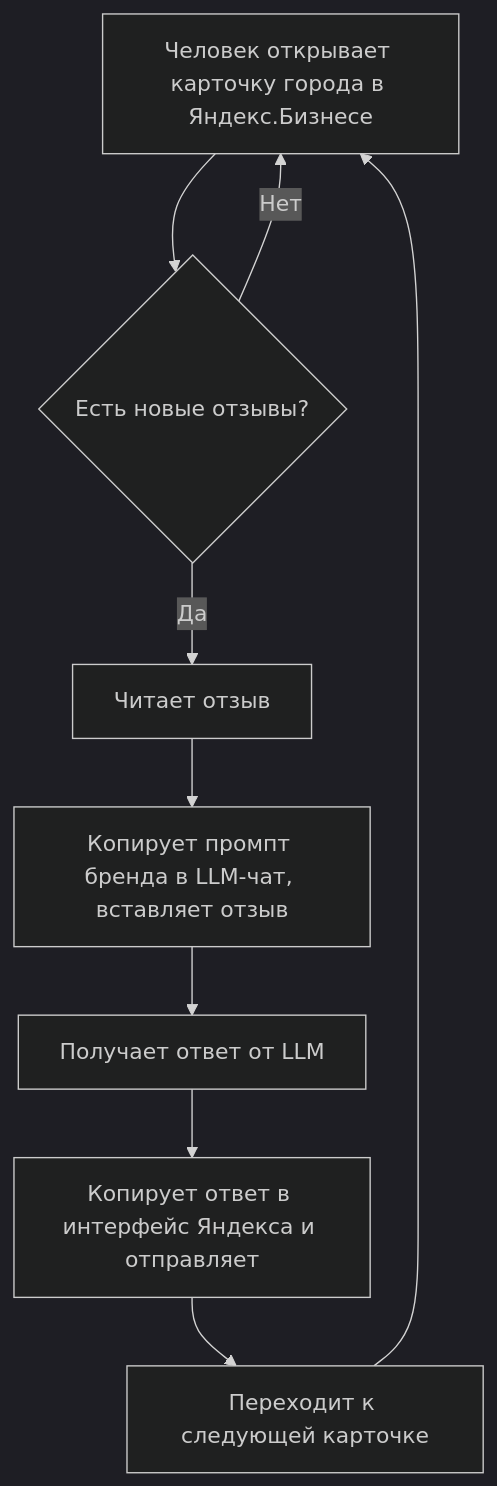
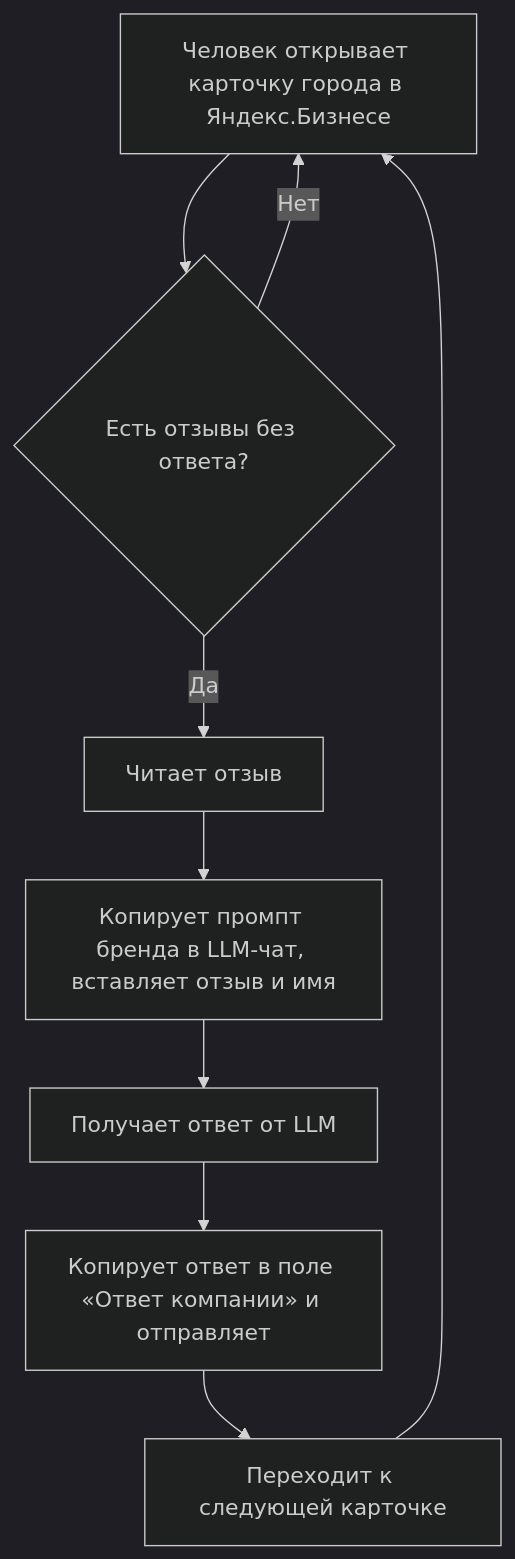
The first of 4 diagrams in ПОСТАНОВКА-Отзывы.md (mag66530/Click), drawn with Mermaid (dark theme) before and after one commit. The commit also changed other lines of this file and 1 other file, not shown here.

First line of the commit message:
Отзывы: разбор живой страницы, фикстура, редакция 3 постановки

````diff
--- a/ПОСТАНОВКА-Отзывы.md
+++ b/ПОСТАНОВКА-Отзывы.md
@@ -100,11 +103,11 @@
 ```mermaid
 flowchart TD
-    A[Человек открывает карточку города в Яндекс.Бизнесе] --> B{Есть новые отзывы?}
+    A[Человек открывает карточку города в Яндекс.Бизнесе] --> B{Есть отзывы без ответа?}
     B -- Нет --> A
     B -- Да --> C[Читает отзыв]
-    C --> D[Копирует промпт бренда в LLM-чат, вставляет отзыв]
+    C --> D[Копирует промпт бренда в LLM-чат, вставляет отзыв и имя]
     D --> E[Получает ответ от LLM]
-    E --> G[Копирует ответ в интерфейс Яндекса и отправляет]
+    E --> G[Копирует ответ в поле «Ответ компании» и отправляет]
     G --> H[Переходит к следующей карточке]
     H --> A
 ```
````
